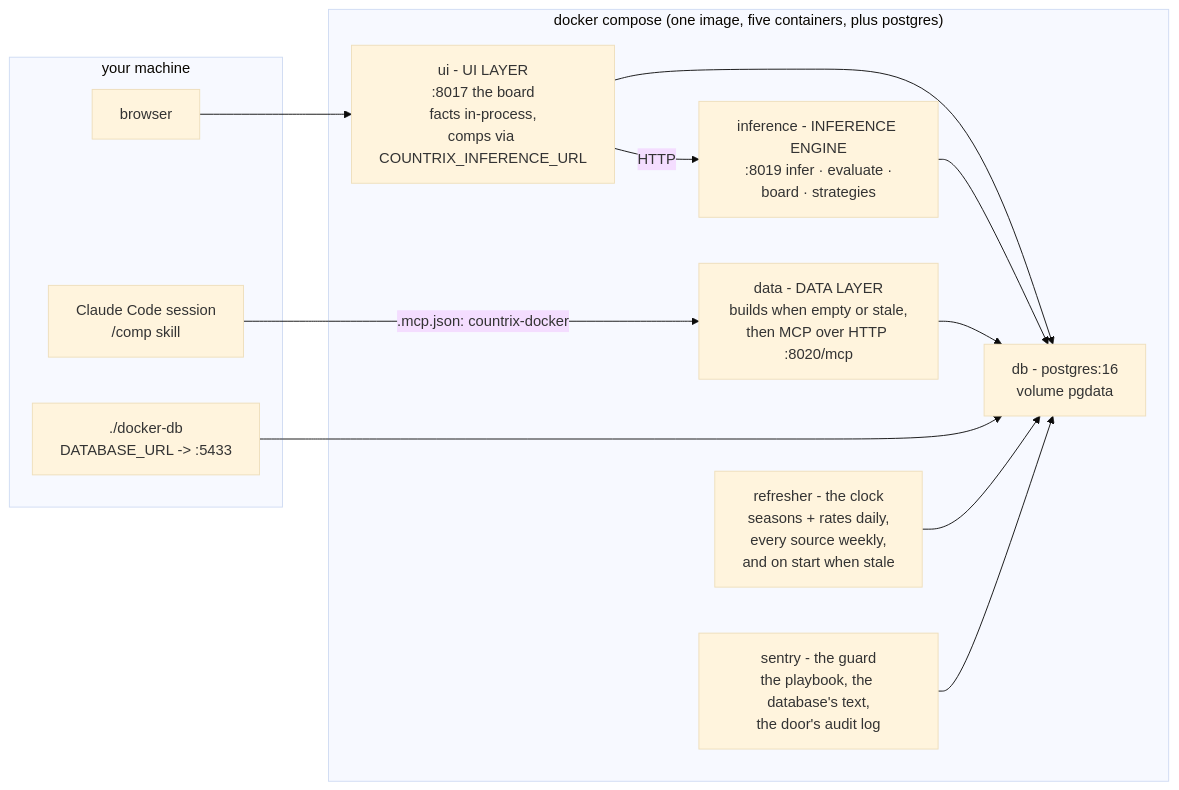
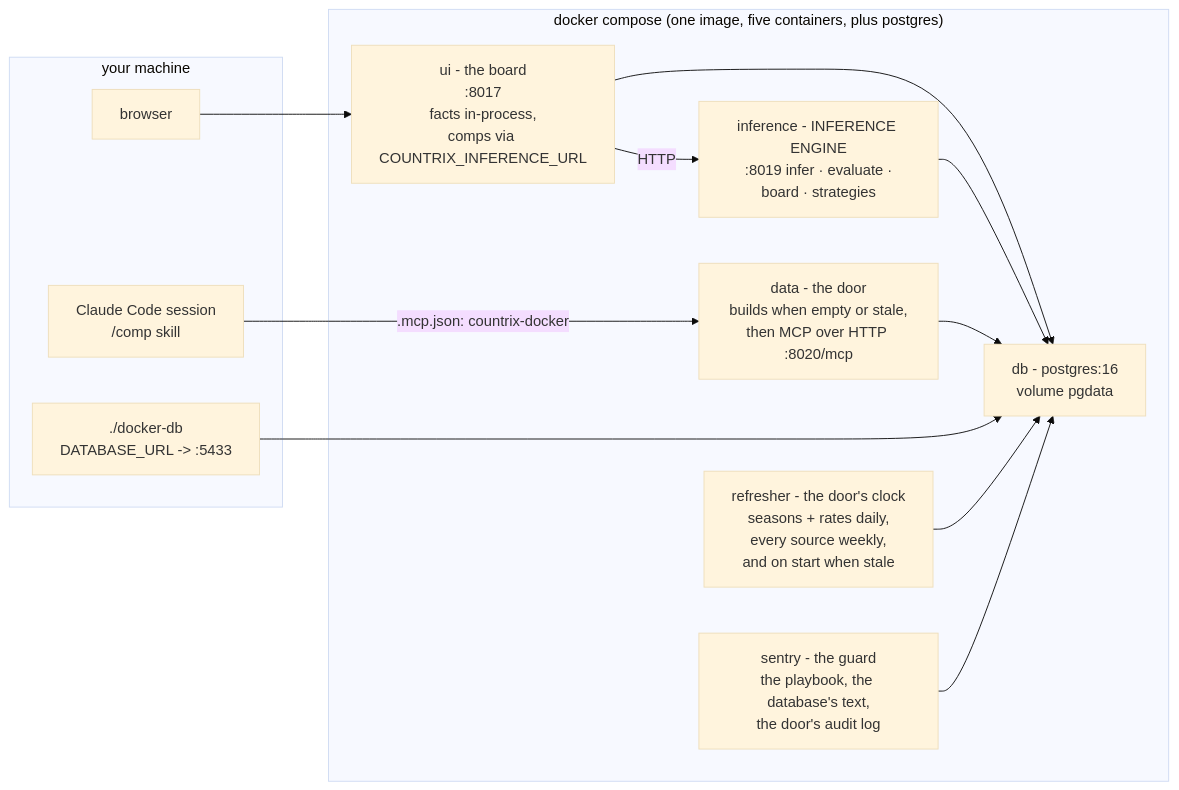
The second of 2 diagrams in docs/architecture.md (mmikol/counter-utility-matrix), drawn with Mermaid (base theme) before and after one commit. The commit also changed other lines of this file and 7 other files, not shown here.

````diff
--- a/docs/architecture.md
+++ b/docs/architecture.md
@@ -140,25 +140,25 @@
 ```mermaid
 flowchart LR
     subgraph HOST["your machine"]
         SESSION["Claude Code session<br/>/comp skill"]
         BROWSER["browser"]
         SHELL["./docker-db<br/>DATABASE_URL -> :5433"]
     end
     subgraph DOCKER["docker compose (one image, five containers, plus postgres)"]
-        DATA["data - DATA LAYER<br/>builds when empty or stale,<br/>then MCP over HTTP :8020/mcp"]
+        DATA["data - the door<br/>builds when empty or stale,<br/>then MCP over HTTP :8020/mcp"]
         INF["inference - INFERENCE ENGINE<br/>:8019 infer · evaluate ·<br/>board · strategies"]
-        UI["ui - UI LAYER<br/>:8017 the board<br/>facts in-process,<br/>comps via COUNTRIX_INFERENCE_URL"]
+        UI["ui - the board<br/>:8017<br/>facts in-process,<br/>comps via COUNTRIX_INFERENCE_URL"]
         DBC["db - postgres:16<br/>volume pgdata"]
-        REF["refresher - the clock<br/>seasons + rates daily,<br/>every source weekly,<br/>and on start when stale"]
+        REF["refresher - the door's clock<br/>seasons + rates daily,<br/>every source weekly,<br/>and on start when stale"]
         SEN["sentry - the guard<br/>the playbook, the database's text,<br/>the door's audit log"]
     end
     SESSION -->|".mcp.json: countrix-docker"| DATA
     BROWSER --> UI
     UI -->|"HTTP"| INF
     UI --> DBC
     INF --> DBC
     DATA --> DBC
     SHELL --> DBC
     REF --> DBC
     SEN --> DBC
 ```
````
